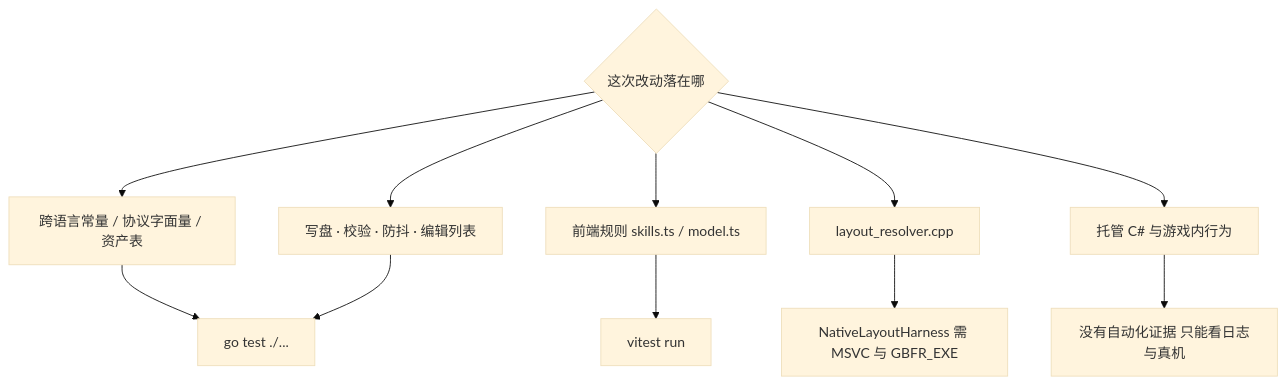
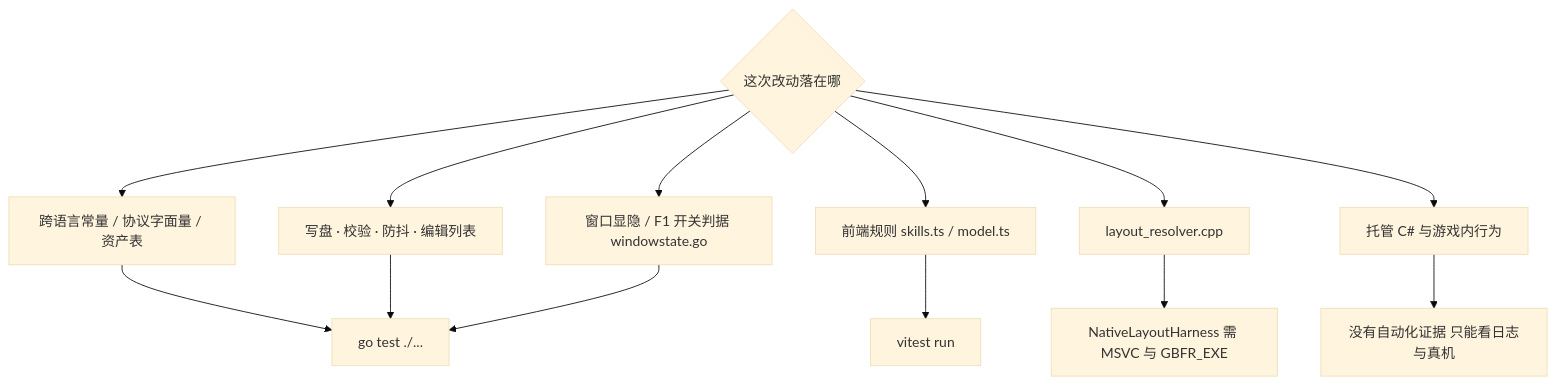
The first of 2 diagrams in openwiki/testing/verification-map.md (baagod/GBFR-Sigil-Loadout), drawn with Mermaid (base theme) before and after one commit. The commit also changed other lines of this file and 36 other files, not shown here.

````diff
--- a/openwiki/testing/verification-map.md
+++ b/openwiki/testing/verification-map.md
@@ -90,13 +103,15 @@
 ```mermaid
 flowchart TD
     Q{"这次改动落在哪"} --> A["跨语言常量 / 协议字面量 / 资产表"]
     Q --> B["写盘 · 校验 · 防抖 · 编辑列表"]
     Q --> C["前端规则 skills.ts / model.ts"]
+    Q --> F["窗口显隐 / F1 开关判据 windowstate.go"]
     Q --> D["layout_resolver.cpp"]
     Q --> E["托管 C# 与游戏内行为"]
     A --> G1["go test ./..."]
     B --> G1
     C --> G2["vitest run"]
+    F --> G1
     D --> G3["NativeLayoutHarness 需 MSVC 与 GBFR_EXE"]
     E --> G4["没有自动化证据 只能看日志与真机"]
 ```
````
